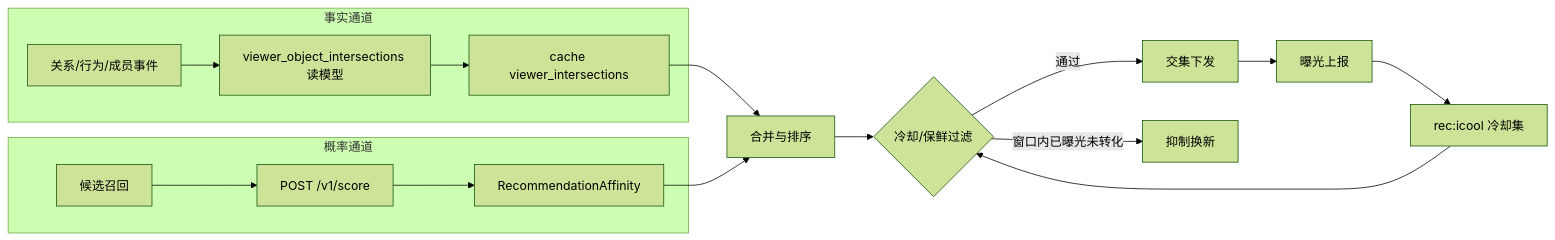
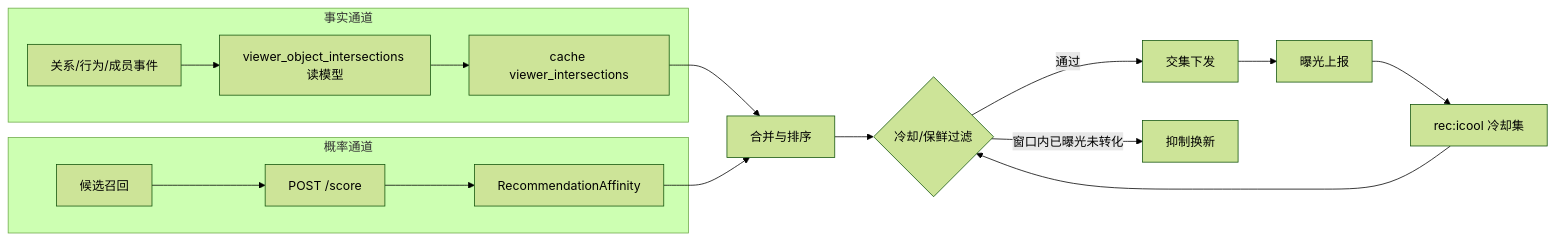
Before and after one commit to openstudio2022/quwoquan: the first of 2 diagrams in specs/feature-tree/object-homepage-network/intersection-unified-experience/design.md, drawn with Mermaid (forest theme). The commit also changed other lines of this file and 6809 other files, not shown here.

````diff
--- a/specs/feature-tree/object-homepage-network/intersection-unified-experience/design.md
+++ b/specs/feature-tree/object-homepage-network/intersection-unified-experience/design.md
@@ -9,19 +9,19 @@
 ```mermaid
 flowchart LR
   subgraph factCh [事实通道]
     graphEvt[关系/行为/成员事件] --> factMV[viewer_object_intersections 读模型]
     factMV --> factCache[cache viewer_intersections]
   end
   subgraph probCh [概率通道]
-    cand[候选召回] --> score[POST /v1/score]
+    cand[候选召回] --> score[POST /score]
     score --> affinity[RecommendationAffinity]
   end
   factCache --> merge[合并与排序]
   affinity --> merge
   merge --> window{冷却/保鲜过滤}
   window -->|"通过"| serve[交集下发]
   window -->|"窗口内已曝光未转化"| drop[抑制换新]
   serve --> expose[曝光上报]
   expose --> cool[rec:icool 冷却集]
   cool --> window
 ```
````
